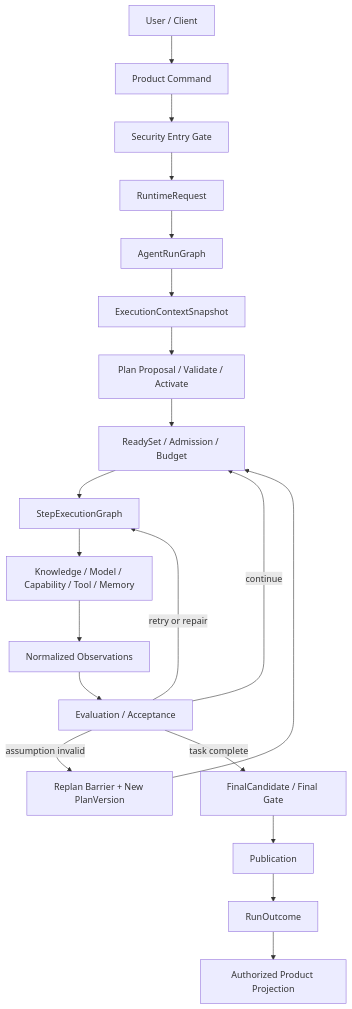
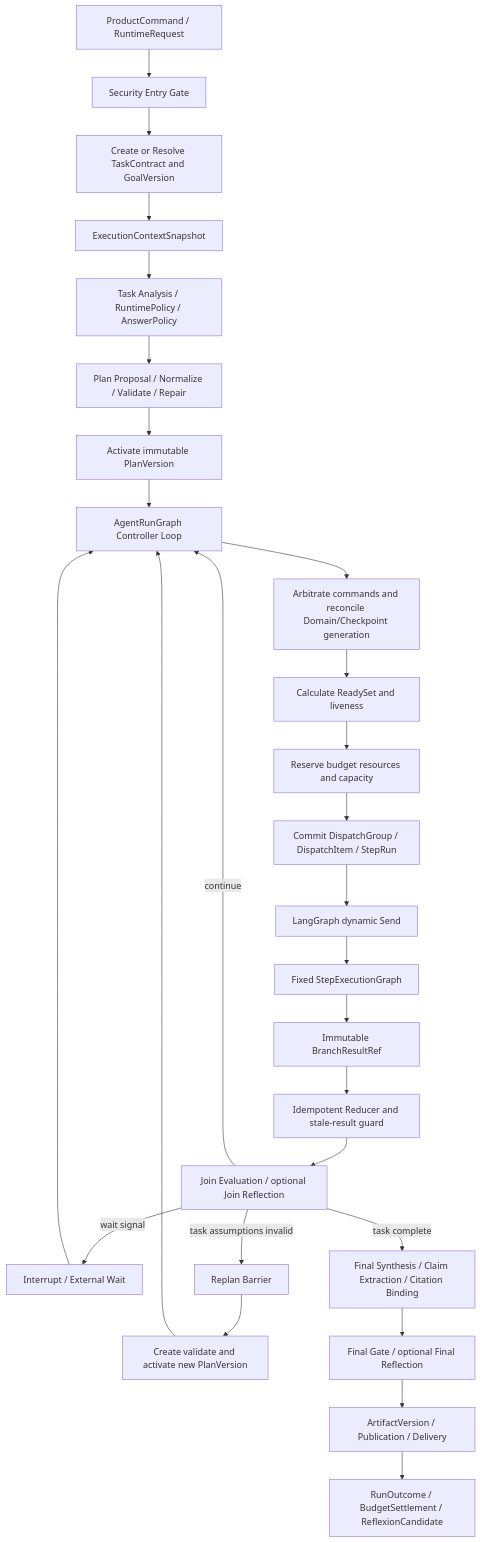
Before and after one commit to ProfessorZhi/Zuno: the second of 5 diagrams in docs/architecture/architecture.md, drawn with Mermaid. The commit also changed other lines of this file and 22 other files, not shown here.

Commit message:
docs: realign total architecture with canonical modules

````diff
--- a/docs/architecture/architecture.md
+++ b/docs/architecture/architecture.md
@@ -321,22 +262,29 @@
 ```mermaid
 flowchart TB
-  U[User / Client] --> P[Product Command]
-  P --> S[Security Entry Gate]
-  S --> R[RuntimeRequest]
-  R --> A[AgentRunGraph]
-  A --> C[ExecutionContextSnapshot]
-  C --> PL[Plan Proposal / Validate / Activate]
-  PL --> READY[ReadySet / Admission / Budget]
-  READY --> STEP[StepExecutionGraph]
-  STEP --> K[Knowledge / Model / Capability / Tool / Memory]
-  K --> OBS[Normalized Observations]
-  OBS --> ACCEPT[Evaluation / Acceptance]
-  ACCEPT -->|continue| READY
-  ACCEPT -->|retry or repair| STEP
-  ACCEPT -->|assumption invalid| REPLAN[Replan Barrier + New PlanVersion]
-  REPLAN --> READY
-  ACCEPT -->|task complete| FINAL[FinalCandidate / Final Gate]
-  FINAL --> PUB[Publication]
-  PUB --> OUT[RunOutcome]
-  OUT --> VIEW[Authorized Product Projection]
+  CMD[ProductCommand / RuntimeRequest] --> AUTH[Security Entry Gate]
+  AUTH --> TASK[Create or Resolve TaskContract and GoalVersion]
+  TASK --> SNAP[ExecutionContextSnapshot]
+  SNAP --> ANALYZE[Task Analysis / RuntimePolicy / AnswerPolicy]
+  ANALYZE --> PLAN[Plan Proposal / Normalize / Validate / Repair]
+  PLAN --> ACTIVATE[Activate immutable PlanVersion]
+  ACTIVATE --> CTRL[AgentRunGraph Controller Loop]
+  CTRL --> ARB[Arbitrate commands and reconcile Domain/Checkpoint generation]
+  ARB --> READY[Calculate ReadySet and liveness]
+  READY --> RESERVE[Reserve budget resources and capacity]
+  RESERVE --> COMMIT[Commit DispatchGroup / DispatchItem / StepRun]
+  COMMIT --> SEND[LangGraph dynamic Send]
+  SEND --> STEP[Fixed StepExecutionGraph]
+  STEP --> BRANCH[Immutable BranchResultRef]
+  BRANCH --> REDUCE[Idempotent Reducer and stale-result guard]
+  REDUCE --> JOIN[Join Evaluation / optional Join Reflection]
+  JOIN -->|continue| CTRL
+  JOIN -->|wait signal| WAIT[Interrupt / External Wait]
+  WAIT --> CTRL
+  JOIN -->|task assumptions invalid| BARRIER[Replan Barrier]
+  BARRIER --> NEWPLAN[Create validate and activate new PlanVersion]
+  NEWPLAN --> CTRL
+  JOIN -->|task complete| FINAL[Final Synthesis / Claim Extraction / Citation Binding]
+  FINAL --> GATE[Final Gate / optional Final Reflection]
+  GATE --> PUB[ArtifactVersion / Publication / Delivery]
+  PUB --> OUT[RunOutcome / BudgetSettlement / ReflexionCandidate]
 ```
````
